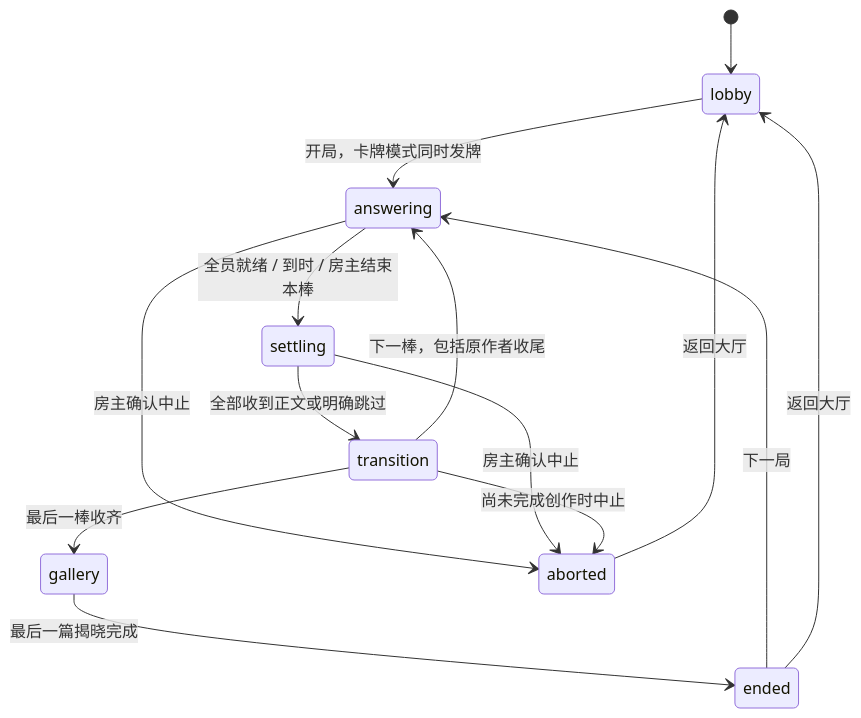
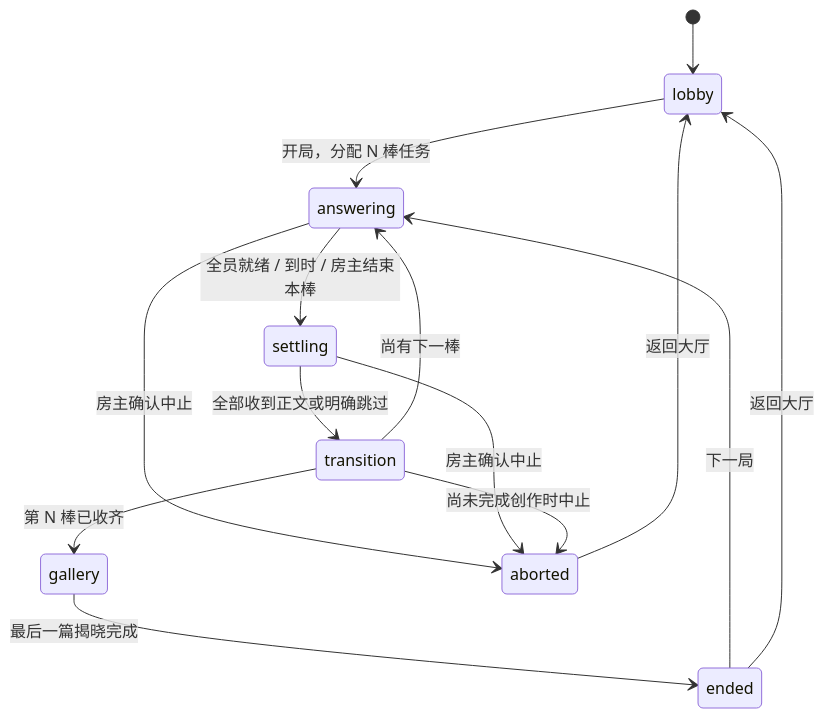
One commit to olveryu/WerewolfGameJudge changed the diagram in docs/story-relay-game-design.md. Above: the diagram before and after it, drawn with Mermaid. The commit also changed other lines of this file and 53 other files, not shown here.

````diff
--- a/docs/story-relay-game-design.md
+++ b/docs/story-relay-game-design.md
@@ -313,16 +303,16 @@
 ```mermaid
 stateDiagram-v2
     [*] --> lobby
-    lobby --> answering: 开局，卡牌模式同时发牌
+    lobby --> answering: 开局，分配 N 棒任务
     answering --> settling: 全员就绪 / 到时 / 房主结束本棒
     settling --> transition: 全部收到正文或明确跳过
-    transition --> answering: 下一棒，包括原作者收尾
-    transition --> gallery: 最后一棒收齐
+    transition --> answering: 尚有下一棒
+    transition --> gallery: 第 N 棒已收齐
     gallery --> ended: 最后一篇揭晓完成
     answering --> aborted: 房主确认中止
     settling --> aborted: 房主确认中止
     transition --> aborted: 尚未完成创作时中止
     ended --> answering: 下一局
     ended --> lobby: 返回大厅
     aborted --> lobby: 返回大厅
 ```
````
